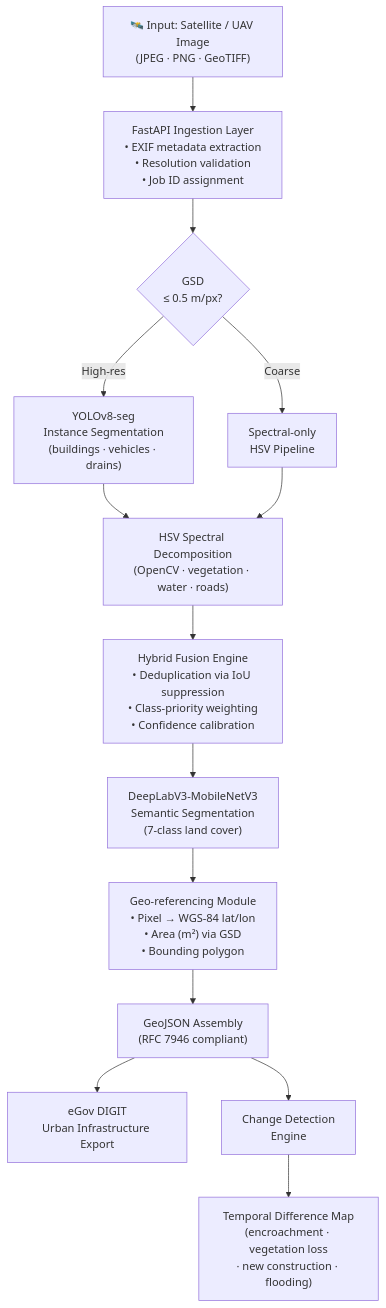
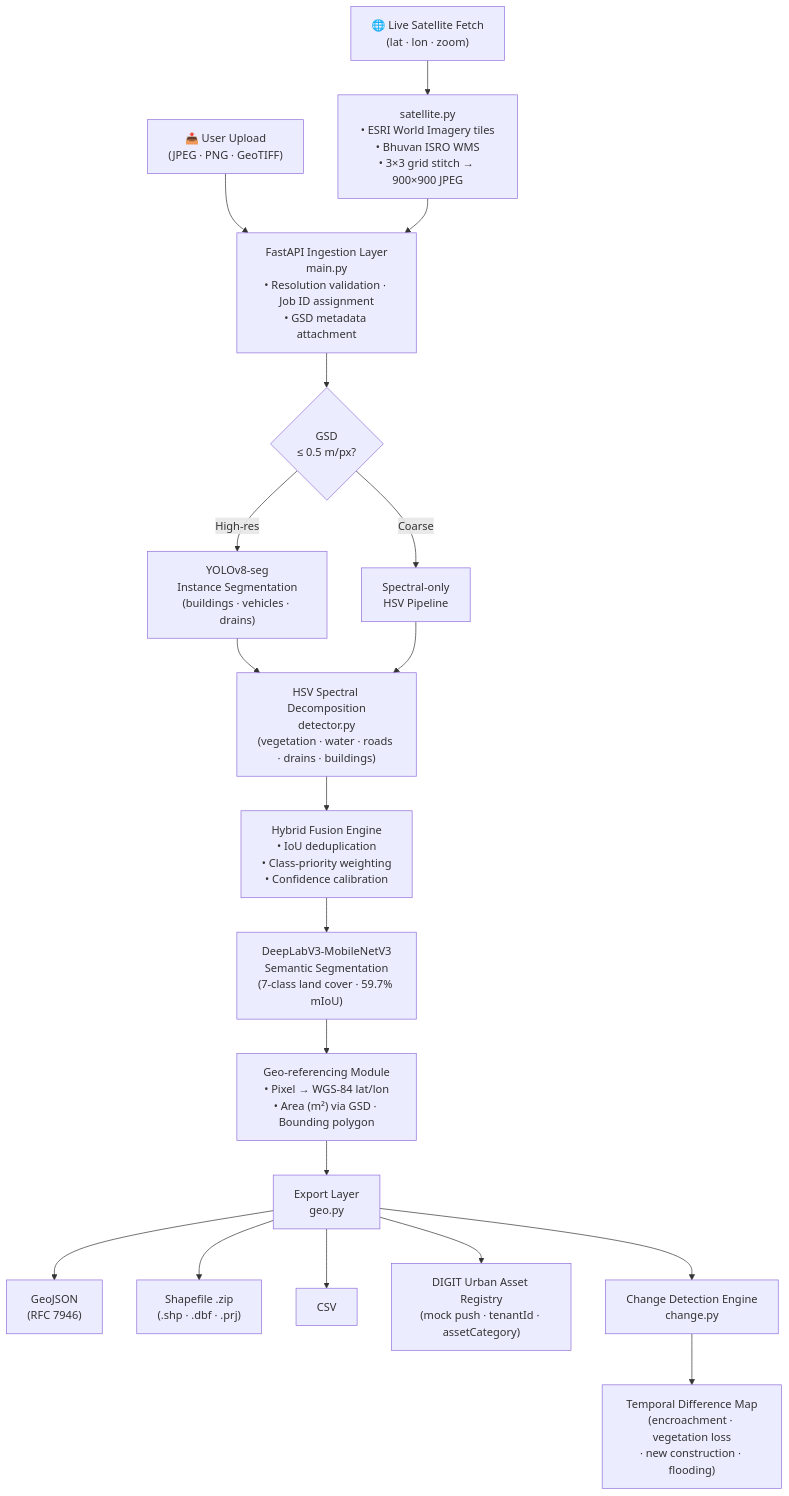
One commit to tejassinghbhati/AISAMS changed the first of 4 diagrams in README.md. Above: the diagram before and after it, drawn with Mermaid. The commit also changed other lines of this file, not shown here.

First line of the commit message:
docs: update README for satellite fetch, shapefile export, and DIGIT push

````diff
--- a/README.md
+++ b/README.md
@@ -41,25 +41,30 @@
 ```mermaid
 graph TB
-    A["🛰️ Input: Satellite / UAV Image\n(JPEG · PNG · GeoTIFF)"] --> B
+    U1["📤 User Upload\n(JPEG · PNG · GeoTIFF)"] --> B
+    U2["🌐 Live Satellite Fetch\n(lat · lon · zoom)"] --> SAT
+    SAT["satellite.py\n• ESRI World Imagery tiles\n• Bhuvan ISRO WMS\n• 3×3 grid stitch → 900×900 JPEG"] --> B
 
-    B["FastAPI Ingestion Layer\n• EXIF metadata extraction\n• Resolution validation\n• Job ID assignment"]
+    B["FastAPI Ingestion Layer\nmain.py\n• Resolution validation · Job ID assignment\n• GSD metadata attachment"]
 
     B --> C{"GSD\n≤ 0.5 m/px?"}
     C -->|High-res| D["YOLOv8-seg\nInstance Segmentation\n(buildings · vehicles · drains)"]
     C -->|Coarse| E["Spectral-only\nHSV Pipeline"]
 
-    D --> F["HSV Spectral Decomposition\n(OpenCV · vegetation · water · roads)"]
+    D --> F["HSV Spectral Decomposition\ndetector.py\n(vegetation · water · roads · drains · buildings)"]
     E --> F
 
-    F --> G["Hybrid Fusion Engine\n• Deduplication via IoU suppression\n• Class-priority weighting\n• Confidence calibration"]
+    F --> G["Hybrid Fusion Engine\n• IoU deduplication\n• Class-priority weighting\n• Confidence calibration"]
 
-    G --> H["DeepLabV3-MobileNetV3\nSemantic Segmentation\n(7-class land cover)"]
+    G --> H["DeepLabV3-MobileNetV3\nSemantic Segmentation\n(7-class land cover · 59.7% mIoU)"]
 
-    H --> I["Geo-referencing Module\n• Pixel → WGS-84 lat/lon\n• Area (m²) via GSD\n• Bounding polygon"]
+    H --> I["Geo-referencing Module\n• Pixel → WGS-84 lat/lon\n• Area (m²) via GSD · Bounding polygon"]
 
-    I --> J["GeoJSON Assembly\n(RFC 7946 compliant)"]
+    I --> J["Export Layer\ngeo.py"]
 
-    J --> K["eGov DIGIT\nUrban Infrastructure Export"]
-    J --> L["Change Detection\nEngine"]
+    J --> K["GeoJSON\n(RFC 7946)"]
+    J --> SHP["Shapefile .zip\n(.shp · .dbf · .prj)"]
+    J --> CSV2["CSV"]
+    J --> DIG["DIGIT Urban Asset Registry\n(mock push · tenantId · assetCategory)"]
+    J --> L["Change Detection Engine\nchange.py"]
     L --> M["Temporal Difference Map\n(encroachment · vegetation loss\n· new construction · flooding)"]
 ```
````
